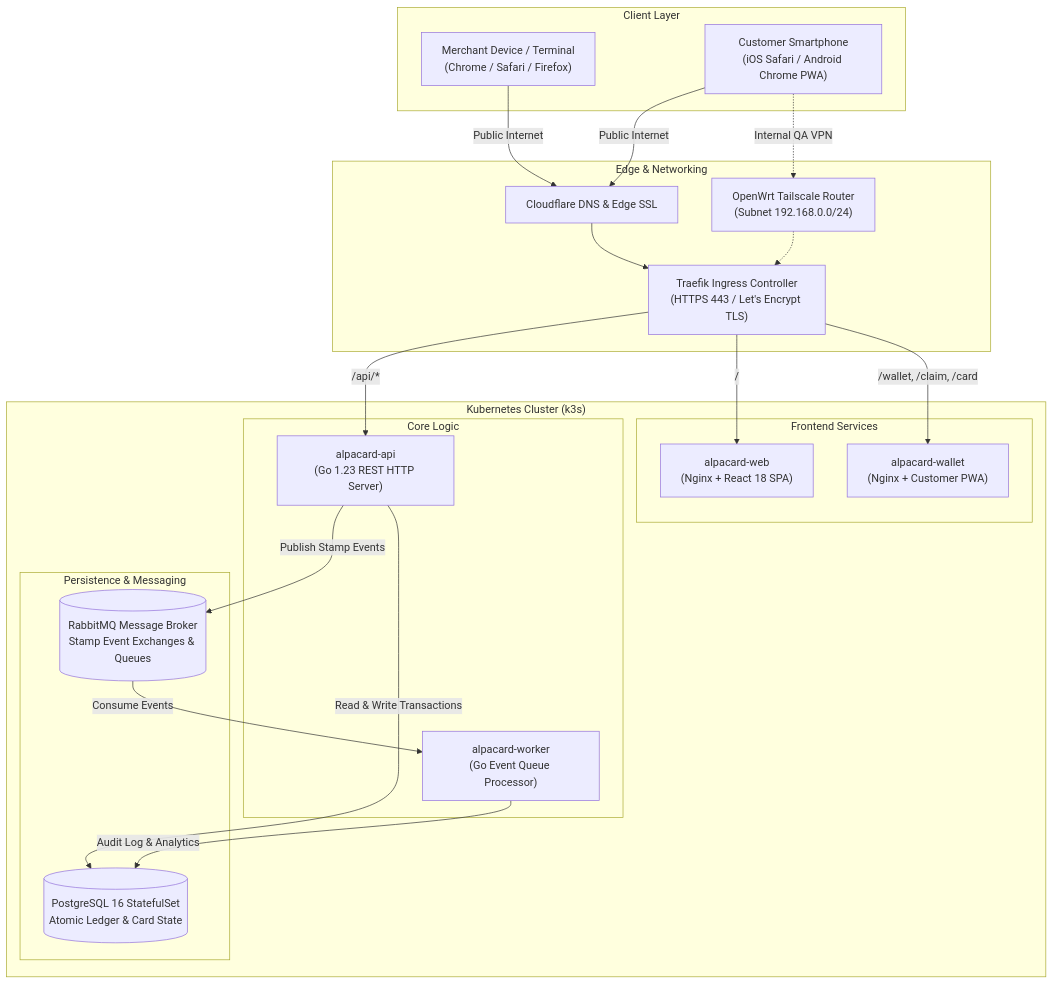
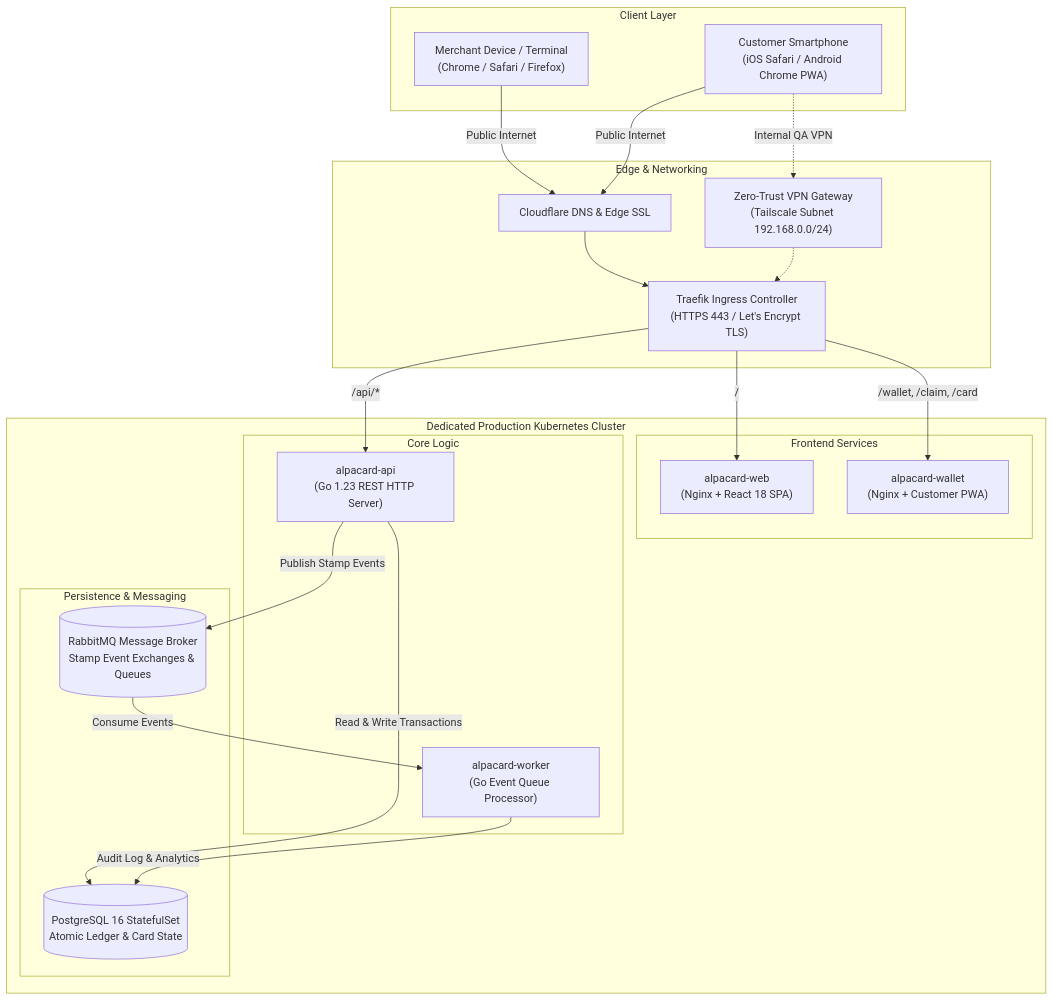
One commit to Gabmetal/alpacard-web changed the first of 3 diagrams in wiki/Architecture-Overview.md. Above: the diagram before and after it, drawn with Mermaid. The commit also changed 6 other files, not shown here.

Commit message:
docs: mask k3s and homelab references with dedicated kubernetes architecture (#52)

````diff
--- a/wiki/Architecture-Overview.md
+++ b/wiki/Architecture-Overview.md
@@ -9,45 +9,45 @@
 ```mermaid
 flowchart TB
     subgraph Clients ["Client Layer"]
         M_BROWSER["Merchant Device / Terminal<br/>(Chrome / Safari / Firefox)"]
         C_PHONE["Customer Smartphone<br/>(iOS Safari / Android Chrome PWA)"]
     end
 
     subgraph Edge ["Edge & Networking"]
         DNS["Cloudflare DNS & Edge SSL"]
-        ROUTER["OpenWrt Tailscale Router<br/>(Subnet 192.168.0.0/24)"]
+        ROUTER["Zero-Trust VPN Gateway<br/>(Tailscale Subnet 192.168.0.0/24)"]
         INGRESS["Traefik Ingress Controller<br/>(HTTPS 443 / Let's Encrypt TLS)"]
     end
 
-    subgraph K8s ["Kubernetes Cluster (k3s)"]
+    subgraph K8s ["Dedicated Production Kubernetes Cluster"]
         subgraph FrontendPods ["Frontend Services"]
             SVC_WEB["alpacard-web<br/>(Nginx + React 18 SPA)"]
             SVC_WALLET["alpacard-wallet<br/>(Nginx + Customer PWA)"]
         end
 
         subgraph BackendPods ["Core Logic"]
             SVC_API["alpacard-api<br/>(Go 1.23 REST HTTP Server)"]
             SVC_WORKER["alpacard-worker<br/>(Go Event Queue Processor)"]
         end
 
         subgraph StoragePods ["Persistence & Messaging"]
             DB_POSTGRES[("PostgreSQL 16 StatefulSet<br/>Atomic Ledger & Card State")]
             MQ_RABBIT[("RabbitMQ Message Broker<br/>Stamp Event Exchanges & Queues")]
         end
     end
 
     M_BROWSER -->|Public Internet| DNS
     DNS --> INGRESS
     C_PHONE -->|Public Internet| DNS
     C_PHONE -.->|Internal QA VPN| ROUTER
     ROUTER -.-> INGRESS
 
     INGRESS -->|/| SVC_WEB
     INGRESS -->|/wallet, /claim, /card| SVC_WALLET
     INGRESS -->|/api/*| SVC_API
 
     SVC_API -->|Read & Write Transactions| DB_POSTGRES
     SVC_API -->|Publish Stamp Events| MQ_RABBIT
     MQ_RABBIT -->|Consume Events| SVC_WORKER
     SVC_WORKER -->|Audit Log & Analytics| DB_POSTGRES
 ```
````
